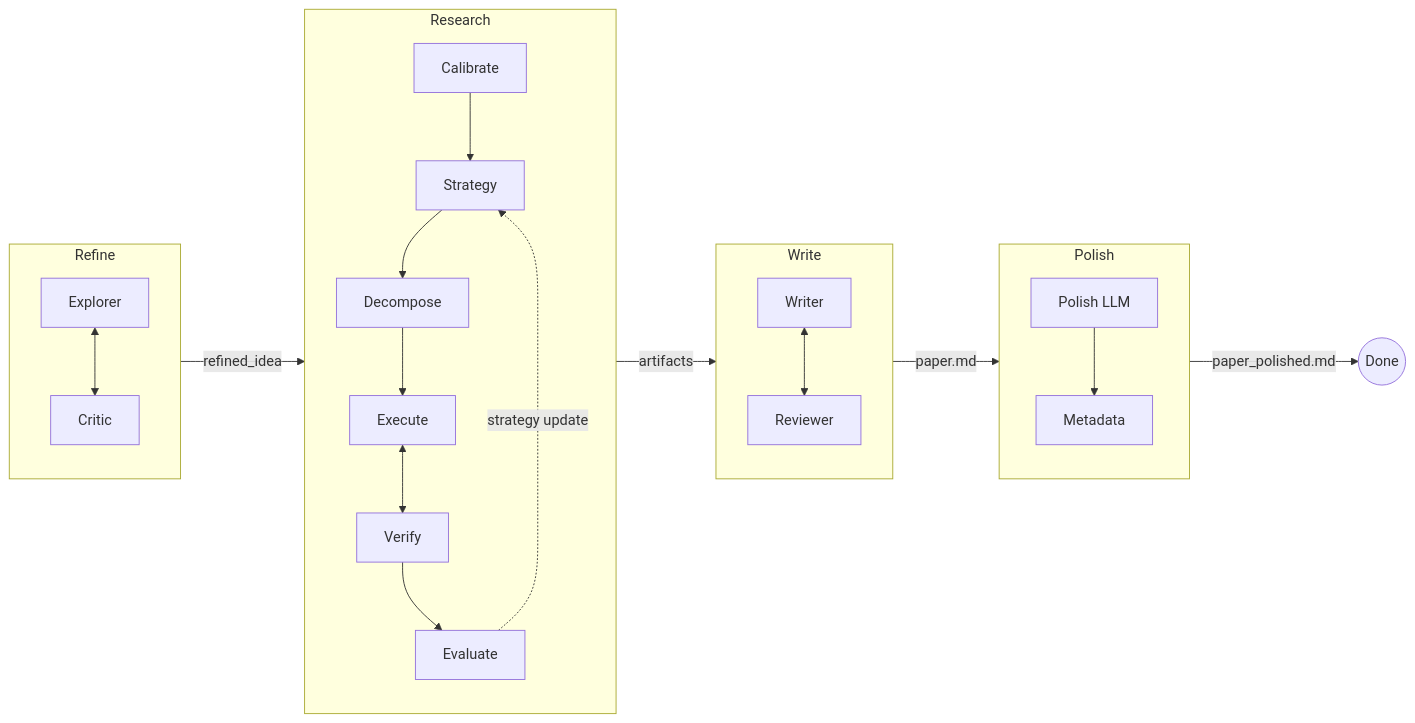
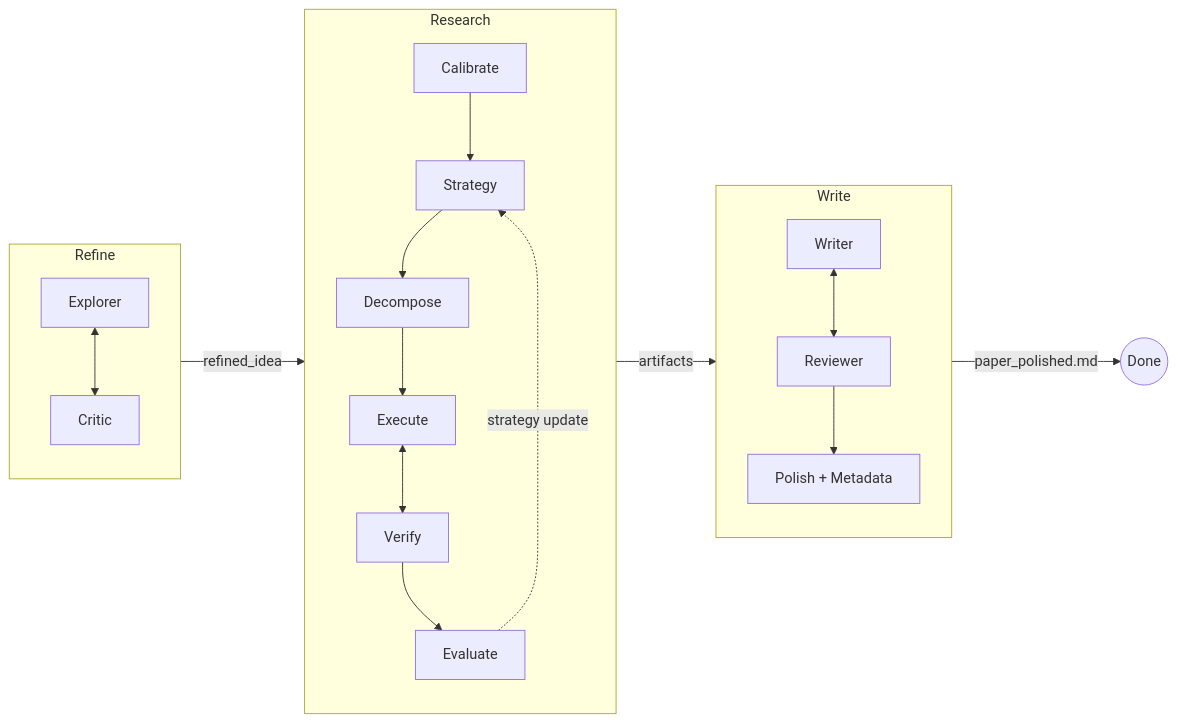
One commit to dozybot001/maars changed the diagram in README.md. Above: the diagram before and after it, drawn with Mermaid. The commit also changed other lines of this file and 1 other file, not shown here.

Commit message:
fix: align README pipeline to three-stage reality (Polish is Write sub-step)

````diff
--- a/README.md
+++ b/README.md
@@ -22,17 +22,14 @@
 ```mermaid
 graph LR
     subgraph Refine
         E[Explorer] <--> C[Critic]
     end
     subgraph Research
         Cal[Calibrate] --> Str[Strategy] --> Dec[Decompose] --> Exec[Execute] <--> Ver[Verify] --> Eval[Evaluate]
         Eval -.->|strategy update| Str
     end
     subgraph Write
-        W[Writer] <--> R[Reviewer]
+        W[Writer] <--> R[Reviewer] --> P[Polish + Metadata]
     end
-    subgraph Polish
-        P[Polish LLM] --> M[Metadata]
-    end
-    Refine -->|refined_idea| Research -->|artifacts| Write -->|paper.md| Polish -->|paper_polished.md| Final((Done))
+    Refine -->|refined_idea| Research -->|artifacts| Write -->|paper_polished.md| Final((Done))
 ```
````
